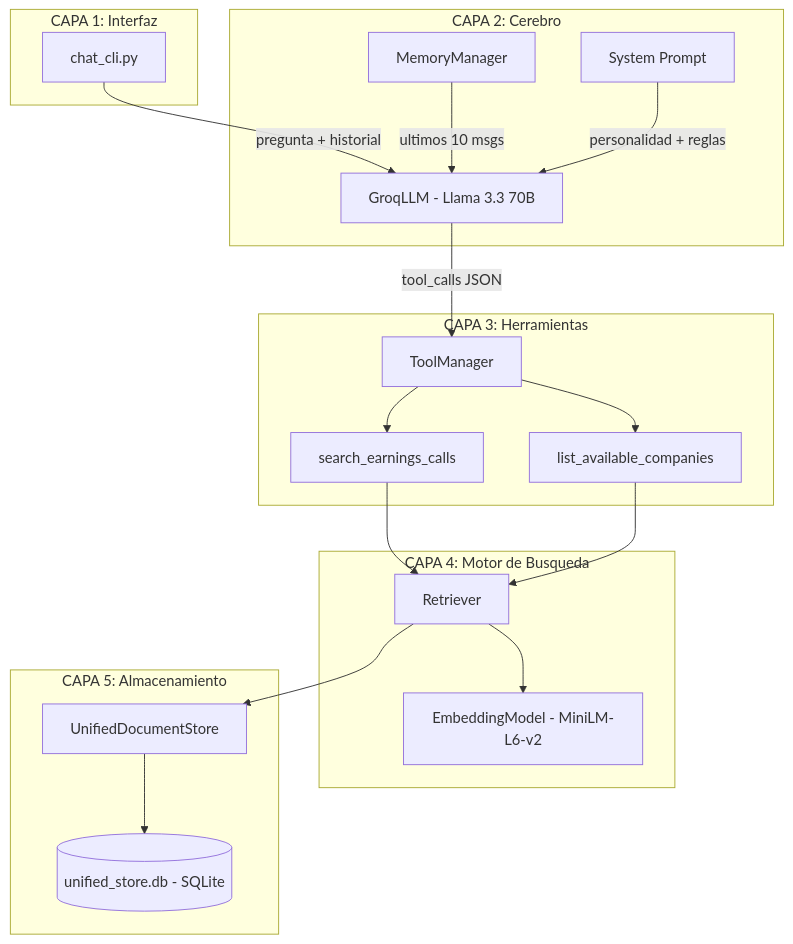
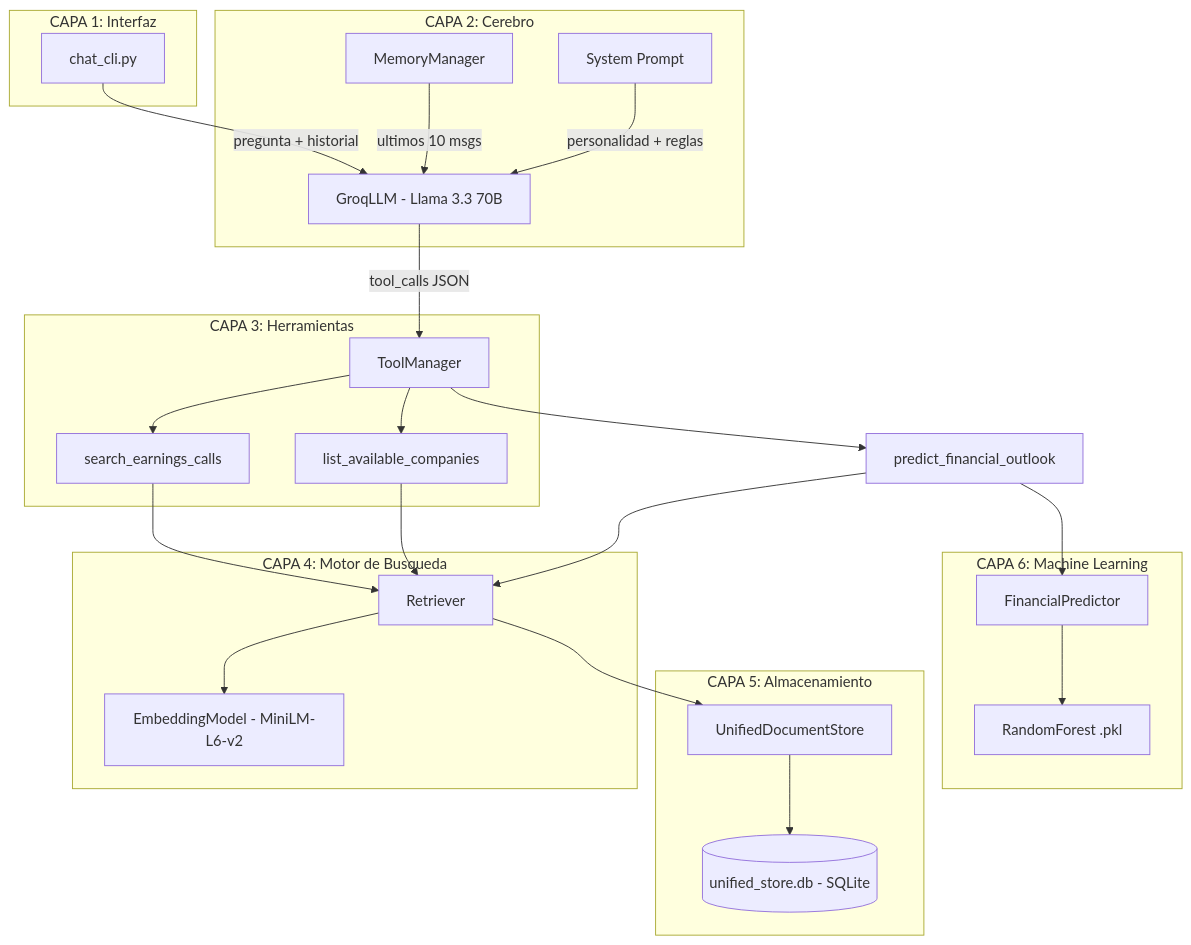
Before and after one commit to alvaroiniguezdisla/Arquitectura_rag_earnings_NSDQ: the first of 9 diagrams in docs/architecture.md, drawn with Mermaid. The commit also changed other lines of this file and 33 other files, not shown here.

Commit message:
ALgoritmo de predeccion revenue machine learning añadido

````diff
--- a/docs/architecture.md
+++ b/docs/architecture.md
@@ -7,41 +7,52 @@
 ```mermaid
 graph TB
     subgraph USUARIO ["CAPA 1: Interfaz"]
         CLI["chat_cli.py"]
     end
 
     subgraph CEREBRO ["CAPA 2: Cerebro"]
         MEM["MemoryManager"]
         PROMPT["System Prompt"]
         LLM["GroqLLM - Llama 3.3 70B"]
     end
 
     subgraph HERRAMIENTAS ["CAPA 3: Herramientas"]
         TM["ToolManager"]
         T1["search_earnings_calls"]
         T2["list_available_companies"]
     end
 
     subgraph BUSQUEDA ["CAPA 4: Motor de Busqueda"]
         RET["Retriever"]
         EMB["EmbeddingModel - MiniLM-L6-v2"]
     end
 
     subgraph DATOS ["CAPA 5: Almacenamiento"]
         UDS["UnifiedDocumentStore"]
         DB[("unified_store.db - SQLite")]
     end
 
+    subgraph ML ["CAPA 6: Machine Learning"]
+        PRED["FinancialPredictor"]
+        MODEL["RandomForest .pkl"]
+    end
+
     CLI -->|"pregunta + historial"| LLM
     MEM -->|"ultimos 10 msgs"| LLM
     PROMPT -->|"personalidad + reglas"| LLM
 
     LLM -->|"tool_calls JSON"| TM
     TM --> T1
     TM --> T2
+    TM --> T3["predict_financial_outlook"]
+    
     T1 --> RET
     T2 --> RET
+    T3 --> RET
+    T3 --> PRED
+    
     RET --> EMB
     RET --> UDS
     UDS --> DB
+    PRED --> MODEL
 ```
````
